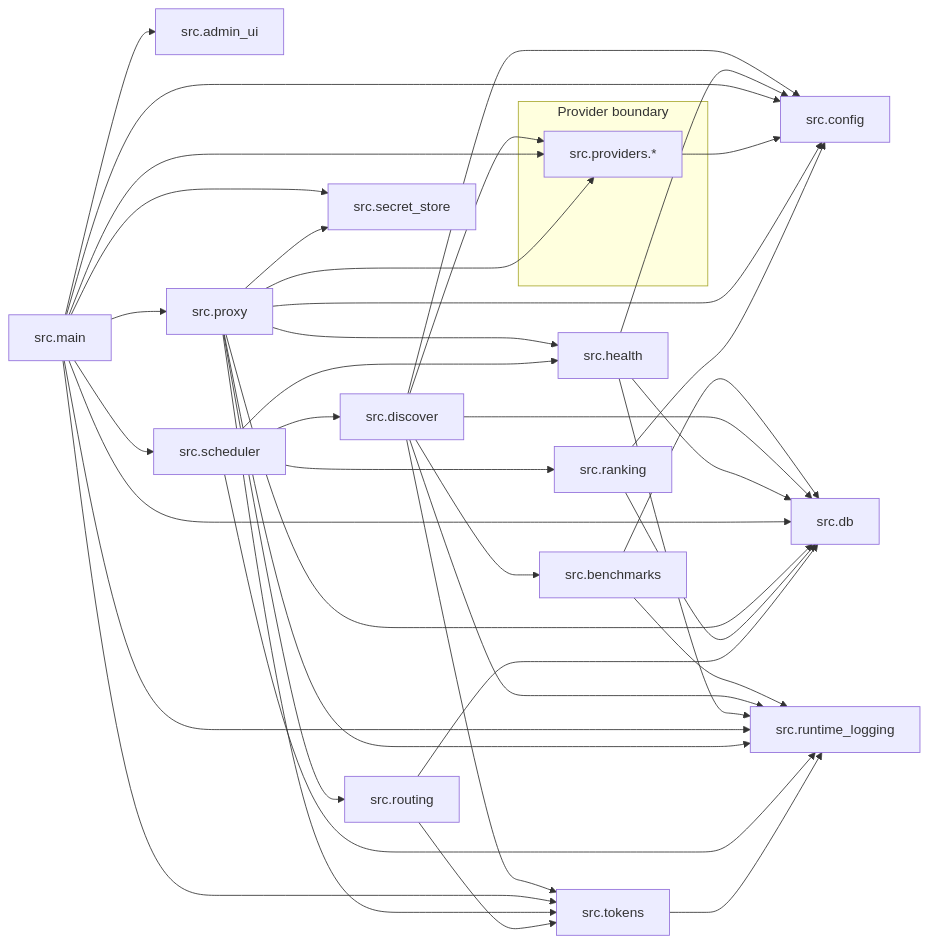
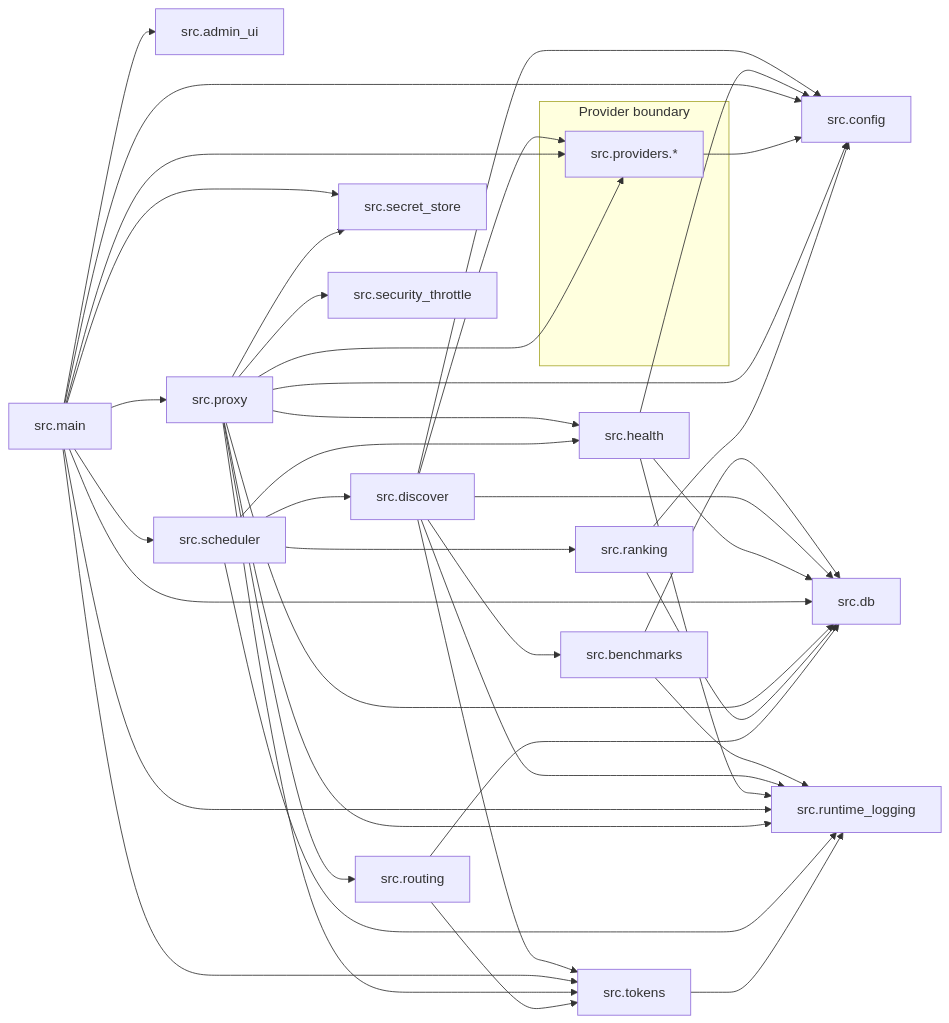
Before and after one commit to jetymas/FreeLunch: the diagram in docs/generated/module-dependencies.mmd, drawn with Mermaid. The commit also changed 28 other files, not shown here.

```diff
--- a/docs/generated/module-dependencies.mmd
+++ b/docs/generated/module-dependencies.mmd
@@ -1,58 +1,60 @@
 %% Generated by scripts/generate_architecture.py; do not edit manually.
 %% Run `python scripts/generate_architecture.py` after source changes.
 flowchart LR
     subgraph provider_boundary["Provider boundary"]
         node_src_providers["src.providers.*"]
     end
     node_src_admin_ui["src.admin_ui"]
     node_src_benchmarks["src.benchmarks"]
     node_src_config["src.config"]
     node_src_db["src.db"]
     node_src_discover["src.discover"]
     node_src_health["src.health"]
     node_src_main["src.main"]
     node_src_proxy["src.proxy"]
     node_src_ranking["src.ranking"]
     node_src_routing["src.routing"]
     node_src_runtime_logging["src.runtime_logging"]
     node_src_scheduler["src.scheduler"]
     node_src_secret_store["src.secret_store"]
+    node_src_security_throttle["src.security_throttle"]
     node_src_tokens["src.tokens"]
     node_src_benchmarks --> node_src_db
     node_src_benchmarks --> node_src_runtime_logging
     node_src_discover --> node_src_benchmarks
     node_src_discover --> node_src_config
     node_src_discover --> node_src_db
     node_src_discover --> node_src_providers
     node_src_discover --> node_src_runtime_logging
     node_src_discover --> node_src_tokens
     node_src_health --> node_src_config
     node_src_health --> node_src_db
     node_src_health --> node_src_runtime_logging
     node_src_main --> node_src_admin_ui
     node_src_main --> node_src_config
     node_src_main --> node_src_db
     node_src_main --> node_src_providers
     node_src_main --> node_src_proxy
     node_src_main --> node_src_runtime_logging
     node_src_main --> node_src_scheduler
     node_src_main --> node_src_secret_store
     node_src_main --> node_src_tokens
     node_src_providers --> node_src_config
     node_src_proxy --> node_src_config
     node_src_proxy --> node_src_db
     node_src_proxy --> node_src_health
     node_src_proxy --> node_src_providers
     node_src_proxy --> node_src_routing
     node_src_proxy --> node_src_runtime_logging
     node_src_proxy --> node_src_secret_store
+    node_src_proxy --> node_src_security_throttle
     node_src_proxy --> node_src_tokens
     node_src_ranking --> node_src_config
     node_src_ranking --> node_src_db
     node_src_routing --> node_src_db
     node_src_routing --> node_src_tokens
     node_src_scheduler --> node_src_discover
     node_src_scheduler --> node_src_health
     node_src_scheduler --> node_src_ranking
     node_src_scheduler --> node_src_runtime_logging
     node_src_tokens --> node_src_runtime_logging
```
